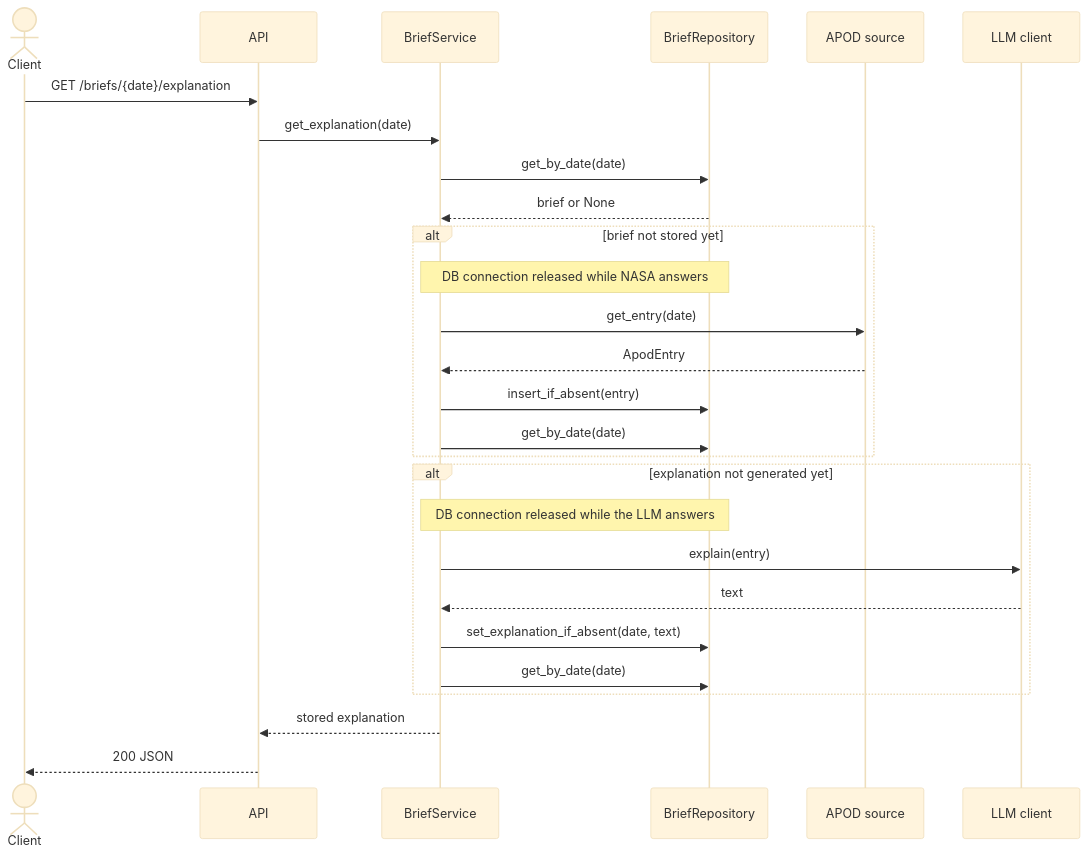
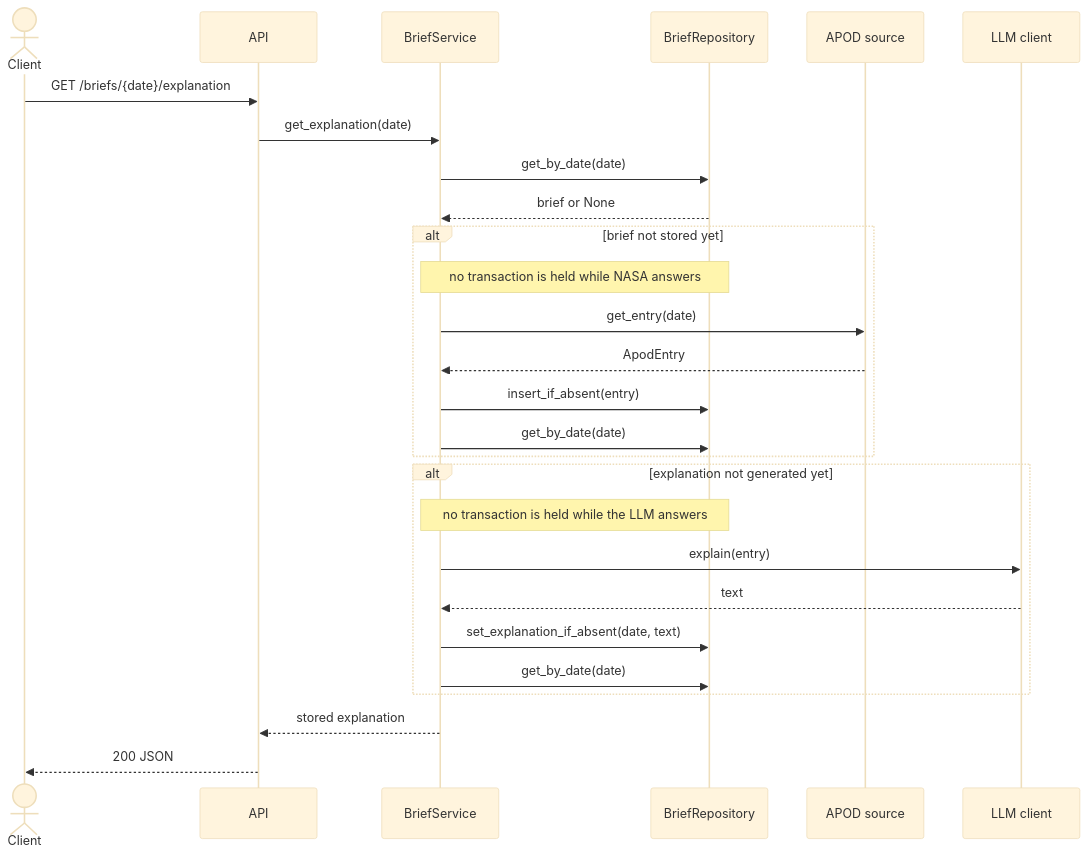
One commit to OstapchukIryna/astronomy-brief changed the third of 3 diagrams in README.md. Above: the diagram before and after it, drawn with Mermaid (base theme). The commit also changed other lines of this file and 5 other files, not shown here.

````diff
--- a/README.md
+++ b/README.md
@@ -77,30 +79,30 @@
 ```mermaid
 sequenceDiagram
     actor U as Client
     participant A as API
     participant S as BriefService
     participant R as BriefRepository
     participant N as APOD source
     participant L as LLM client
 
     U->>A: GET /briefs/{date}/explanation
     A->>S: get_explanation(date)
     S->>R: get_by_date(date)
     R-->>S: brief or None
     alt brief not stored yet
-        Note over S,R: DB connection released while NASA answers
+        Note over S,R: no transaction is held while NASA answers
         S->>N: get_entry(date)
         N-->>S: ApodEntry
         S->>R: insert_if_absent(entry)
         S->>R: get_by_date(date)
     end
     alt explanation not generated yet
-        Note over S,R: DB connection released while the LLM answers
+        Note over S,R: no transaction is held while the LLM answers
         S->>L: explain(entry)
         L-->>S: text
         S->>R: set_explanation_if_absent(date, text)
         S->>R: get_by_date(date)
     end
     S-->>A: stored explanation
     A-->>U: 200 JSON
 ```
````
